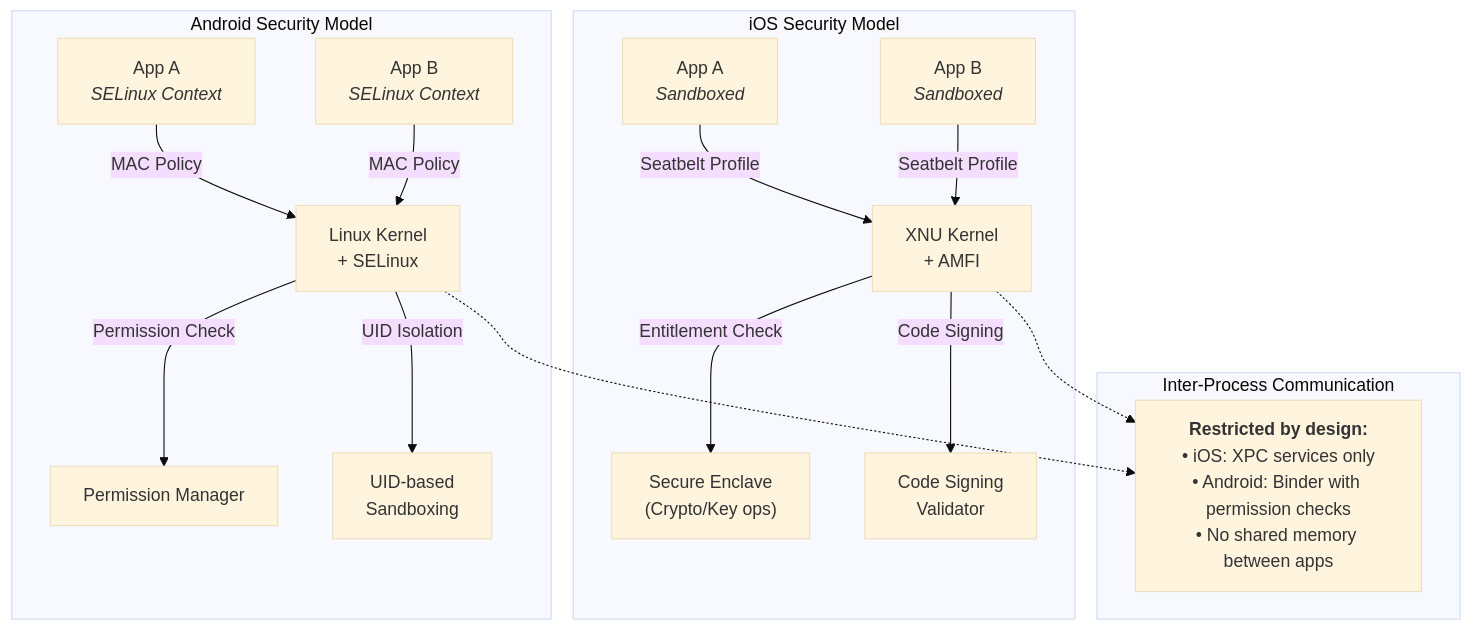
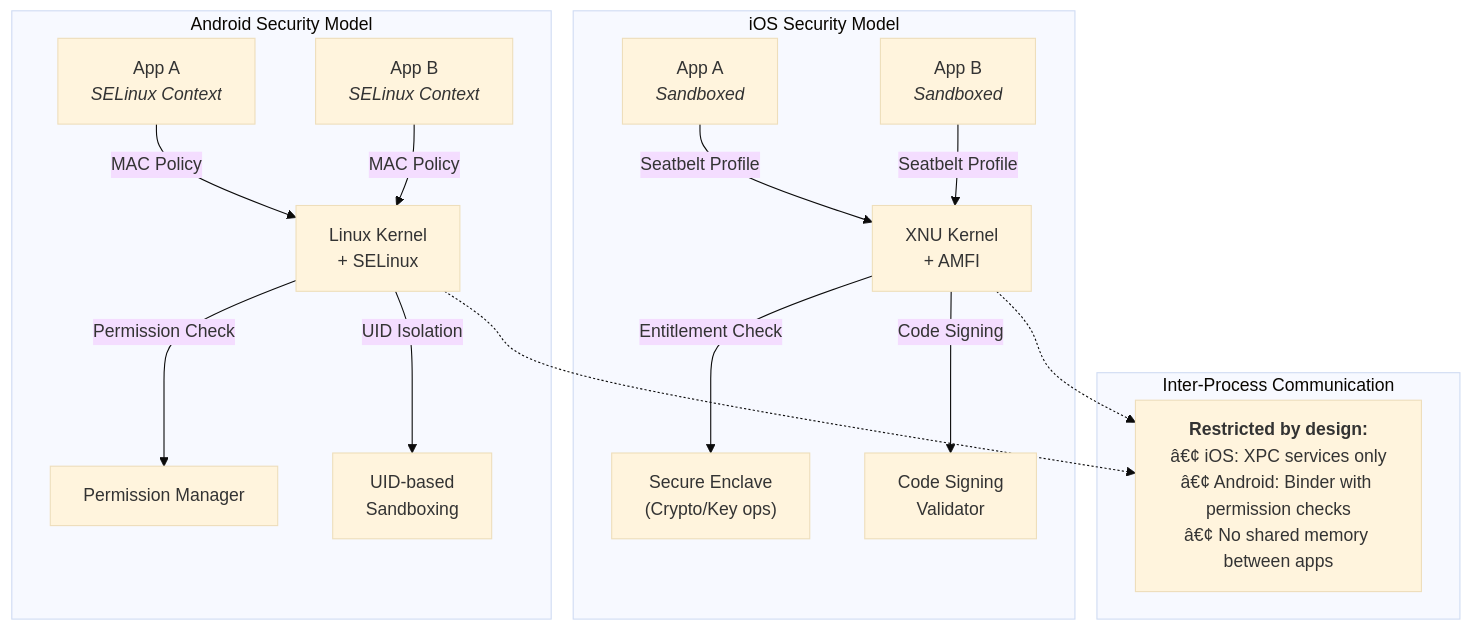
The third of 3 diagrams in docs/courses/cyber-security/07-cloud-mobile.md (Raushan666java/ai-engineering-journey), drawn with Mermaid (base theme) before and after one commit. The commit also changed other lines of this file and 735 other files, not shown here.

````diff
--- a/docs/courses/cyber-security/07-cloud-mobile.md
+++ b/docs/courses/cyber-security/07-cloud-mobile.md
@@ -2875,20 +2875,20 @@
 ```mermaid
 flowchart TD
     subgraph iOS["iOS Security Model"]
         App1_iOS["App A<br/><i>Sandboxed</i>"] -->|"Seatbelt Profile"| iOS_Kernel["XNU Kernel<br/>+ AMFI"]
         App2_iOS["App B<br/><i>Sandboxed</i>"] -->|"Seatbelt Profile"| iOS_Kernel
         iOS_Kernel -->|"Entitlement Check"| SecureEnclave["Secure Enclave<br/>(Crypto/Key ops)"]
         iOS_Kernel -->|"Code Signing"| CodeSign["Code Signing<br/>Validator"]
     end
     subgraph Android["Android Security Model"]
         App1_Android["App A<br/><i>SELinux Context</i>"] -->|"MAC Policy"| LinuxKernel["Linux Kernel<br/>+ SELinux"]
         App2_Android["App B<br/><i>SELinux Context</i>"] -->|"MAC Policy"| LinuxKernel
         LinuxKernel -->|"Permission Check"| PermissionMgr["Permission Manager"]
         LinuxKernel -->|"UID Isolation"| UIDIsolation["UID-based<br/>Sandboxing"]
     end
     subgraph IPC["Inter-Process Communication"]
-        IPC_Restrict["<b>Restricted by design:</b><br/>• iOS: XPC services only<br/>• Android: Binder with permission checks<br/>• No shared memory between apps"]
+        IPC_Restrict["<b>Restricted by design:</b><br/>â€¢ iOS: XPC services only<br/>â€¢ Android: Binder with permission checks<br/>â€¢ No shared memory between apps"]
     end
     iOS_Kernel -.-> IPC_Restrict
     LinuxKernel -.-> IPC_Restrict
 ```
````
